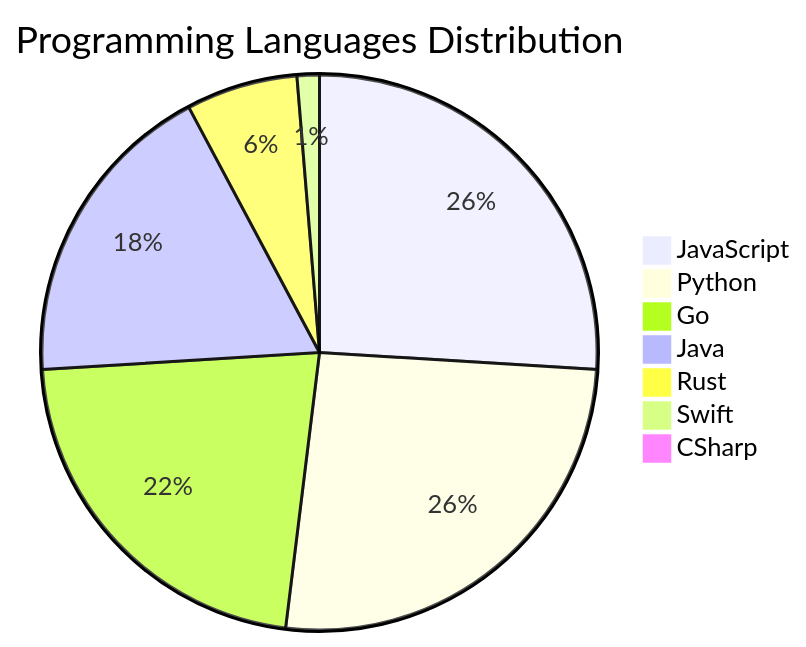
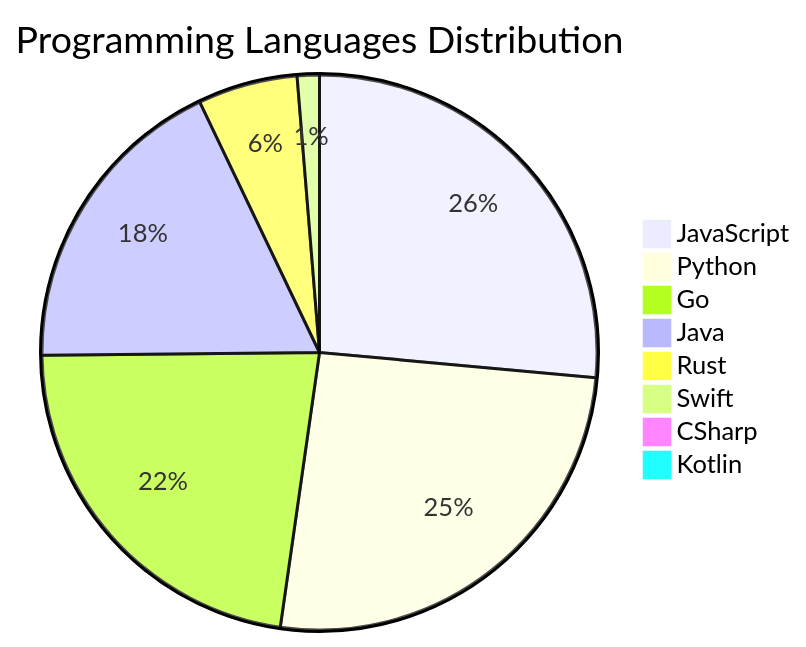
Before and after one commit to Derrick-MUGISHA/github-activity-bot: the diagram in README.md, drawn with Mermaid. The commit also changed other lines of this file and 4 other files, not shown here.

````diff
--- a/README.md
+++ b/README.md
@@ -207,10 +208,11 @@
 ```mermaid
 pie title Programming Languages Distribution
-    "JavaScript" : 40
+    "JavaScript" : 41
     "Python" : 40
-    "Go" : 34
+    "Go" : 35
     "Java" : 28
-    "Rust" : 10
+    "Rust" : 9
     "Swift" : 2
     "CSharp" : 1
+    "Kotlin" : 1
 ```
````
